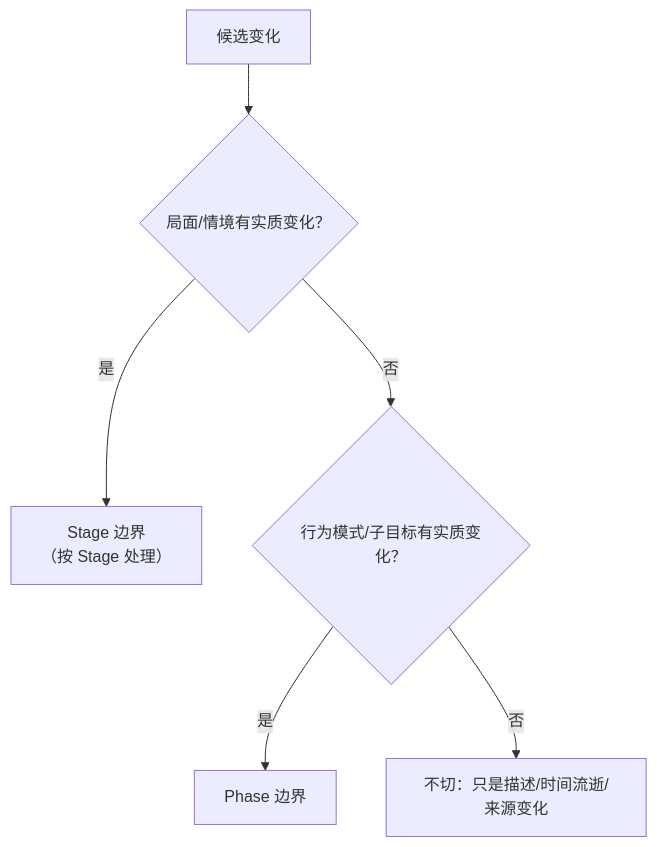
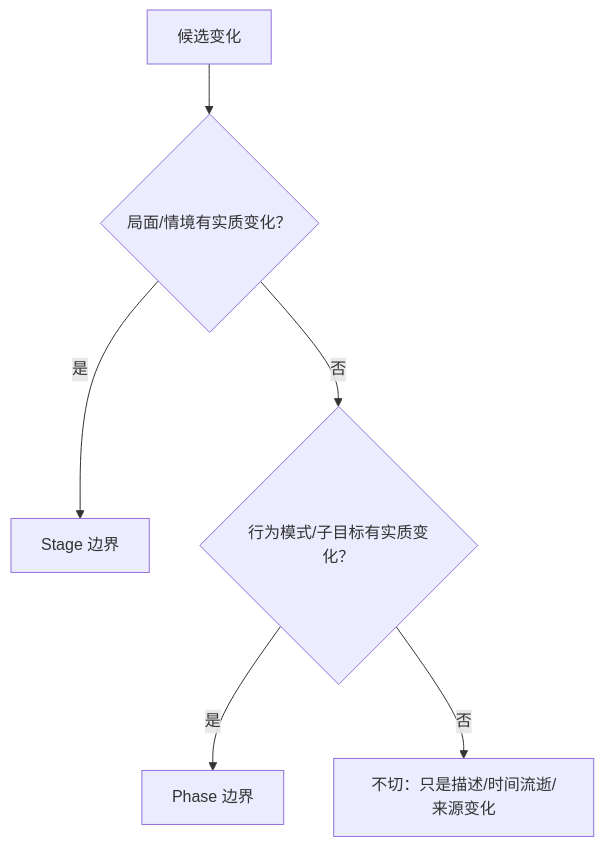
Before and after one commit to AgenticFinLab/FinMycelium: the fifth of 5 diagrams in docs/structures/1-hierarchy.md, drawn with Mermaid. The commit also changed other lines of this file and 8 other files, not shown here.

First line of the commit message:
docs: fix Mermaid render errors and simplify framework diagrams

````diff
--- a/docs/structures/1-hierarchy.md
+++ b/docs/structures/1-hierarchy.md
@@ -265,8 +265,8 @@
 ```mermaid
 flowchart TD
     C["候选变化"] --> Q1{"局面/情境有实质变化？"}
-    Q1 -- "是" --> S["Stage 边界<br/>（按 Stage 处理）"]
-    Q1 -- "否" --> Q2{"行为模式/子目标有实质变化？"}
-    Q2 -- "是" --> P["Phase 边界"]
-    Q2 -- "否" --> N["不切：只是描述/时间流逝/来源变化"]
+    Q1 -->|是| S["Stage 边界"]
+    Q1 -->|否| Q2{"行为模式/子目标有实质变化？"}
+    Q2 -->|是| P["Phase 边界"]
+    Q2 -->|否| N["不切：只是描述/时间流逝/来源变化"]
 ```
````
